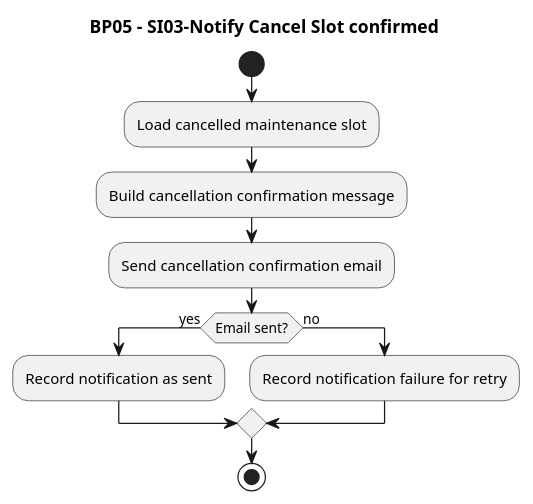
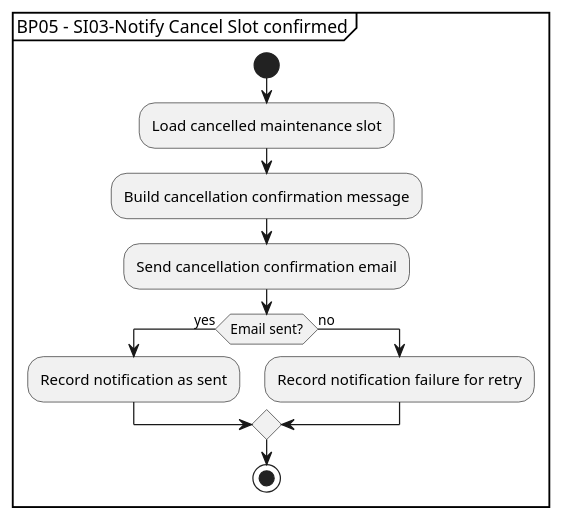
The diagram in 2.System Interactions/1.SystemInteractionDiagrams/BP05-SI03-Notify-Cancel-Slot-confirmed.puml (aaberg/builders-clinic-fix-me), drawn with PlantUML before and after one commit. The commit also changed 54 other files, not shown here.

```diff
--- a/2.System Interactions/1.SystemInteractionDiagrams/BP05-SI03-Notify-Cancel-Slot-confirmed.puml
+++ b/2.System Interactions/1.SystemInteractionDiagrams/BP05-SI03-Notify-Cancel-Slot-confirmed.puml
@@ -1,15 +1,16 @@
 @startuml
-title BP05 - SI03-Notify Cancel Slot confirmed
 
-start
-:Load cancelled maintenance slot;
-:Build cancellation confirmation message;
-:Send cancellation confirmation email;
-if (Email sent?) then (yes)
-  :Record notification as sent;
-else (no)
-  :Record notification failure for retry;
-endif
-stop
+partition "BP05 - SI03-Notify Cancel Slot confirmed" {
+  start
+  :Load cancelled maintenance slot;
+  :Build cancellation confirmation message;
+  :Send cancellation confirmation email;
+  if (Email sent?) then (yes)
+    :Record notification as sent;
+  else (no)
+    :Record notification failure for retry;
+  endif
+  stop
+}
 
 @enduml
```
